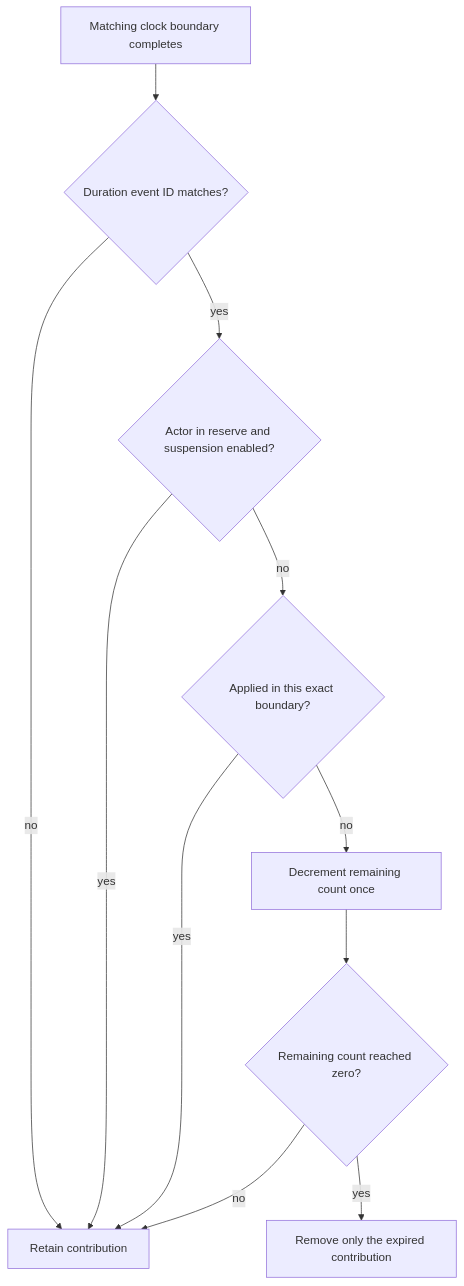
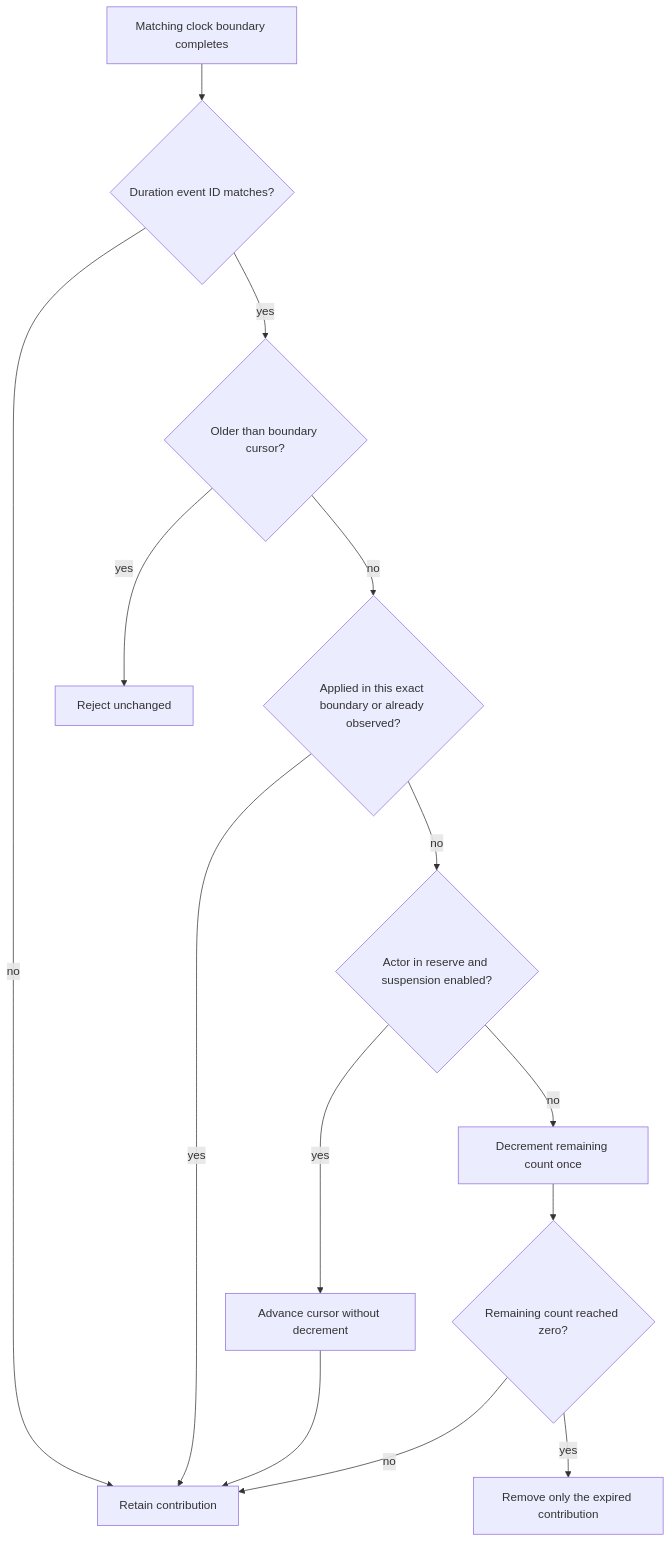
Before and after one commit to KayelC/Convergence: the third of 3 diagrams in docs/technical/stat-modifier-policy-runtime.md, drawn with Mermaid. The commit also changed other lines of this file and 17 other files, not shown here.

````diff
--- a/docs/technical/stat-modifier-policy-runtime.md
+++ b/docs/technical/stat-modifier-policy-runtime.md
@@ -192,22 +199,27 @@
 ```mermaid
 flowchart TD
     Tick["Matching clock boundary completes"]
     Match{"Duration event ID matches?"}
+    Stale{"Older than boundary cursor?"}
+    Same{"Applied in this exact boundary or already observed?"}
     Reserve{"Actor in reserve and suspension enabled?"}
-    Same{"Applied in this exact boundary?"}
+    Observe["Advance cursor without decrement"]
     Decrement["Decrement remaining count once"]
     Expire{"Remaining count reached zero?"}
     Remove["Remove only the expired contribution"]
     Keep["Retain contribution"]
 
     Tick --> Match
     Match -->|no| Keep
-    Match -->|yes| Reserve
-    Reserve -->|yes| Keep
-    Reserve -->|no| Same
+    Match -->|yes| Stale
+    Stale -->|yes| Reject["Reject unchanged"]
+    Stale -->|no| Same
     Same -->|yes| Keep
-    Same -->|no| Decrement
+    Same -->|no| Reserve
+    Reserve -->|yes| Observe
+    Reserve -->|no| Decrement
+    Observe --> Keep
     Decrement --> Expire
     Expire -->|yes| Remove
     Expire -->|no| Keep
 ```
````
